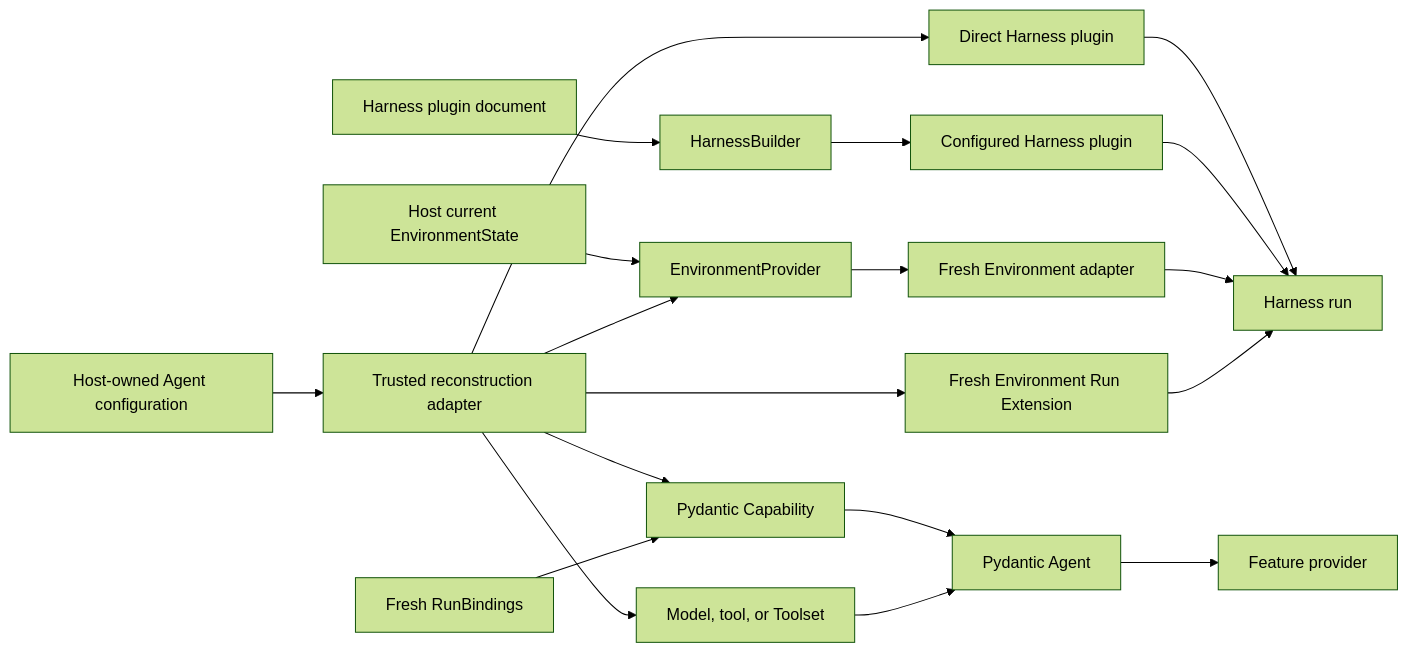
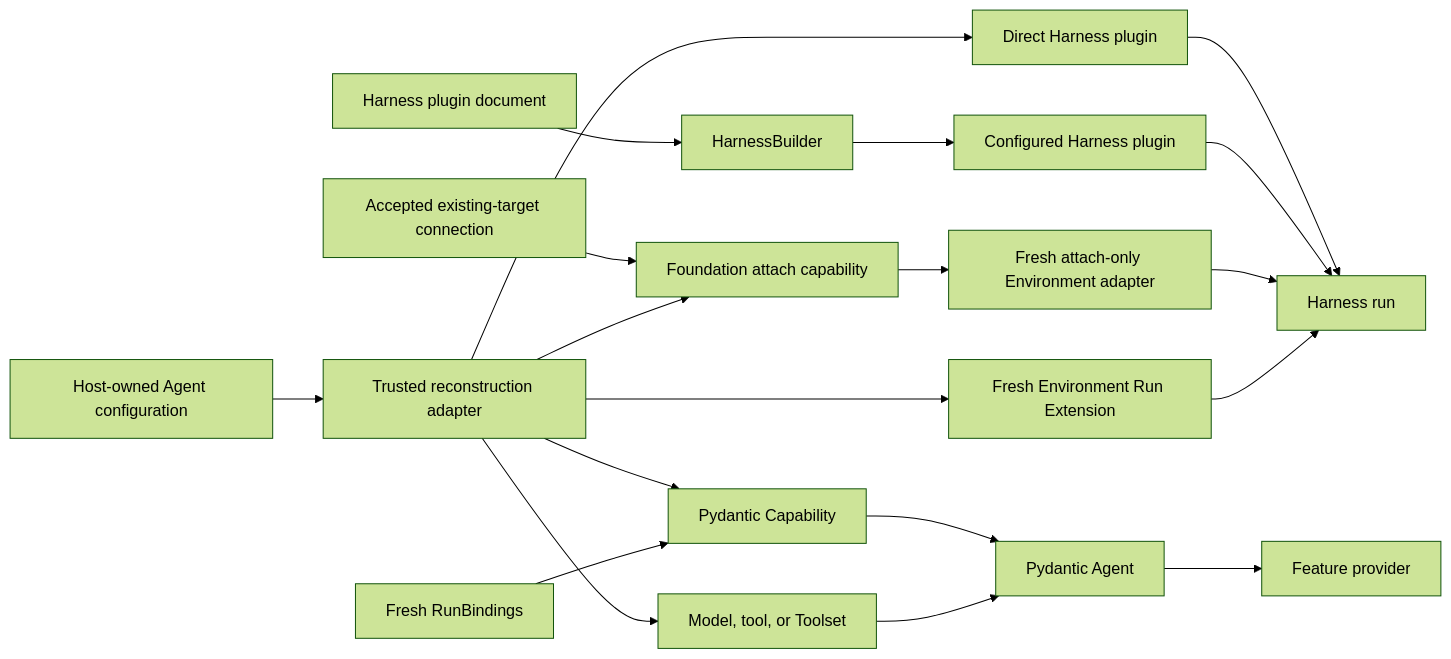
The third of 4 diagrams in spec/README.md (LTThreeComma/agent-foundation), drawn with Mermaid (forest theme) before and after one commit. The commit also changed other lines of this file and 21 other files, not shown here.

First line of the commit message:
docs(foundation): define attempt execution and environment bindings (#131)

````diff
--- a/spec/README.md
+++ b/spec/README.md
@@ -306,18 +306,18 @@
 ```mermaid
 flowchart LR
     HostConfig[Host-owned Agent configuration] --> Adapter[Trusted reconstruction adapter]
     Adapter --> DirectPlugin[Direct Harness plugin]
     PluginConfig[Harness plugin document] --> Builder[HarnessBuilder]
     Builder --> ConfiguredPlugin[Configured Harness plugin]
     Adapter --> Capability[Pydantic Capability]
     Adapter --> Native[Model, tool, or Toolset]
     RunAuthority[Fresh RunBindings] --> Capability
-    HostState[Host current EnvironmentState] --> EnvProvider[EnvironmentProvider]
-    Adapter --> EnvProvider
-    EnvProvider --> Environment[Fresh Environment adapter]
+    Connection[Accepted existing-target connection] --> EnvAttach[Foundation attach capability]
+    Adapter --> EnvAttach
+    EnvAttach --> Environment[Fresh attach-only Environment adapter]
     Adapter --> RunExtension[Fresh Environment Run Extension]
     DirectPlugin & ConfiguredPlugin --> Harness[Harness run]
     Capability & Native --> Agent[Pydantic Agent]
     Environment & RunExtension --> Harness
     Agent --> Provider[Feature provider]
 ```
````
